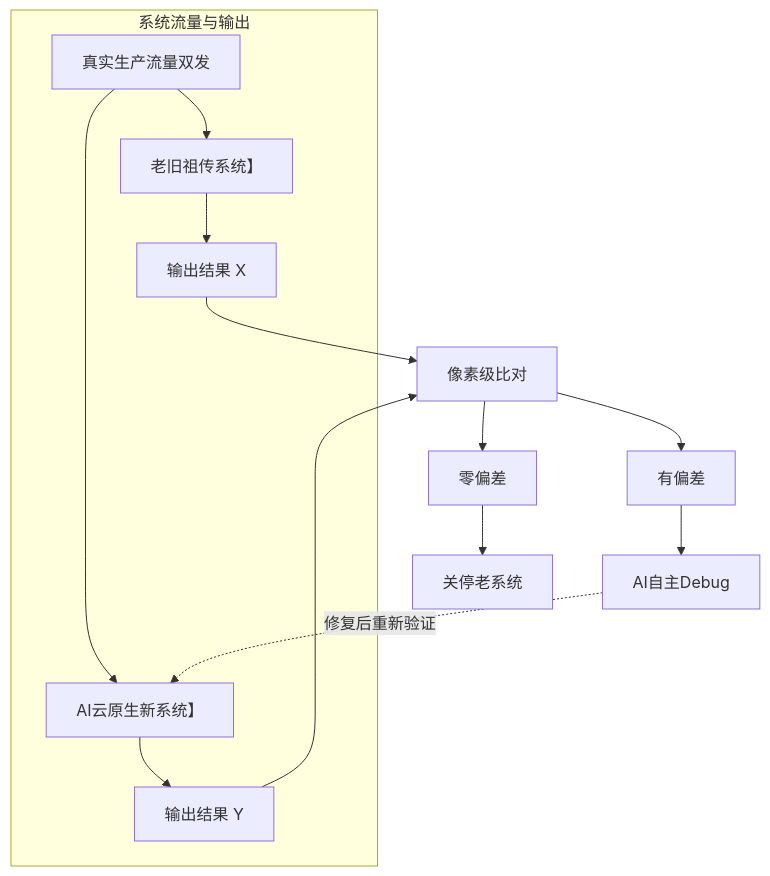
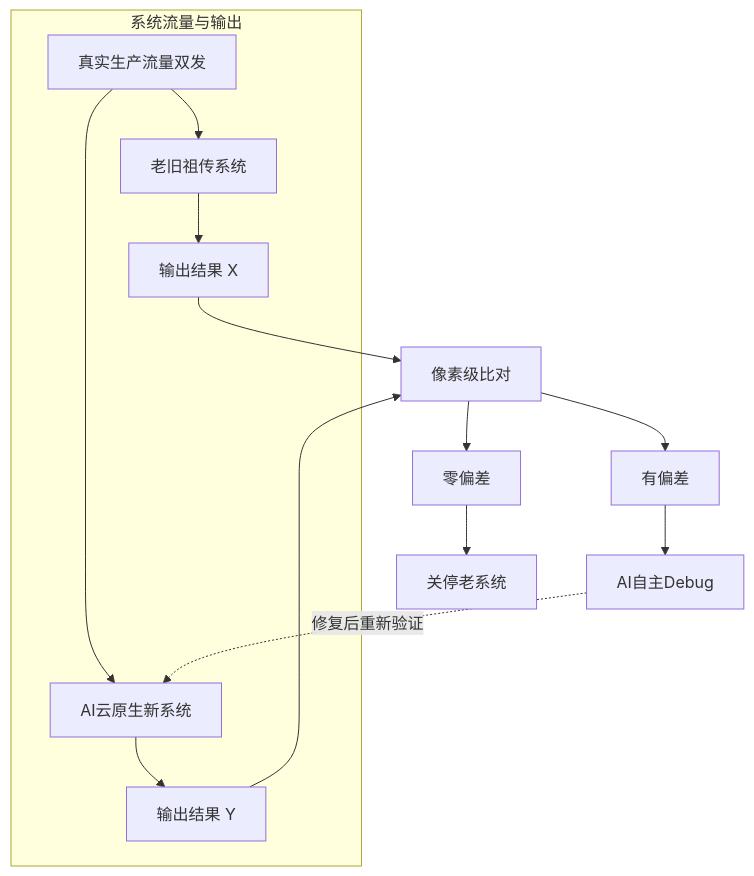
Before and after one commit to cj9208/cj9208.github.io: the second of 2 diagrams in content/blog/investment/幻觉与硬核-2026年AI泡沫的底层财务逻辑与破圈真相.md, drawn with Mermaid. The commit also changed other lines of this file and 89 other files, not shown here.

````diff
--- a/content/blog/investment/幻觉与硬核-2026年AI泡沫的底层财务逻辑与破圈真相.md
+++ b/content/blog/investment/幻觉与硬核-2026年AI泡沫的底层财务逻辑与破圈真相.md
@@ -136,24 +136,24 @@
 ```mermaid
 graph TD
     %% 上半部分：系统与输出
     subgraph SystemFlow [系统流量与输出]
         A["真实生产流量双发"]
         
         %% 定义并排节点，并在内部进行垂直连接
-        B["老旧祖传系统】"] --> D["输出结果 X"]
-        C["AI云原生新系统】"] --> E["输出结果 Y"]
+        B["老旧祖传系统"] --> D["输出结果 X"]
+        C["AI云原生新系统"] --> E["输出结果 Y"]
         
         %% 强制使 A 的连接分别指向并排节点，维持横向排布
         A --> B
         A --> C
     end
 
     %% 下半部分：判定与反馈
     F["像素级比对"]
     D --> F
     E --> F
 
     F --> G["有偏差"] --> H["AI自主Debug"]
     F --> I["零偏差"] --> J["关停老系统"]
     H -.->|修复后重新验证| C
 ```
````
